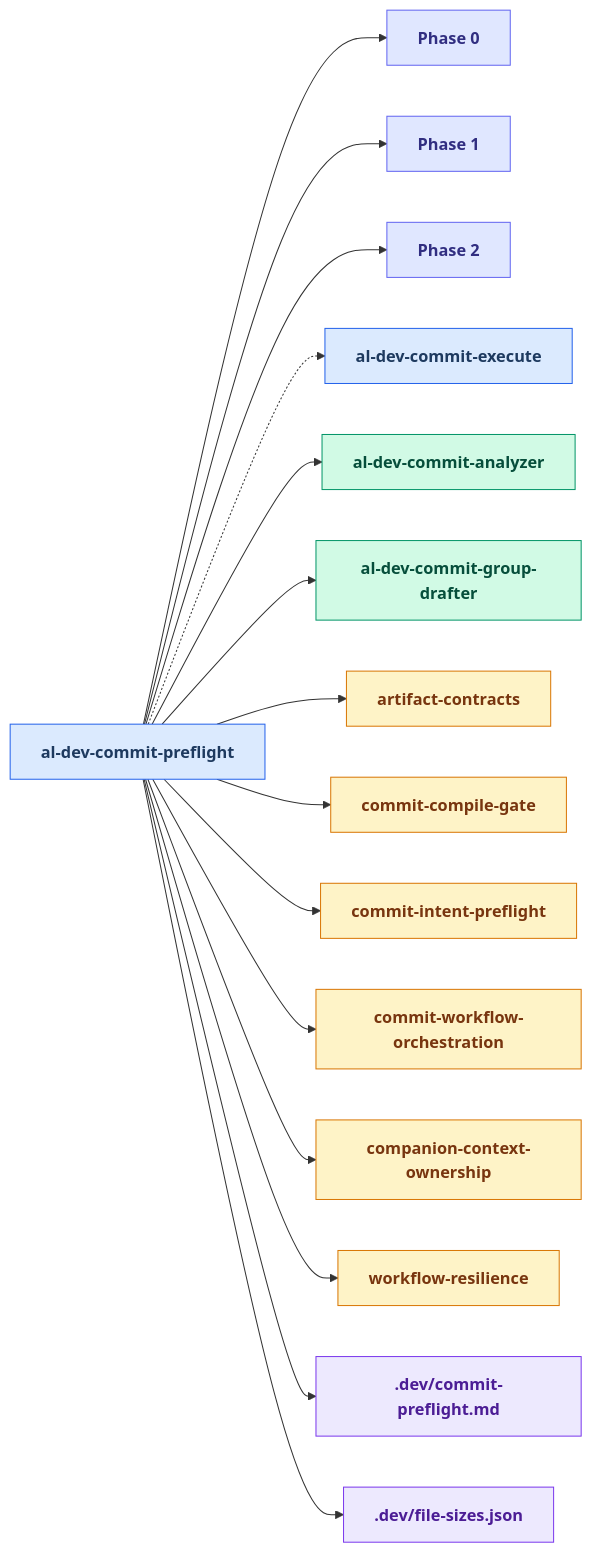
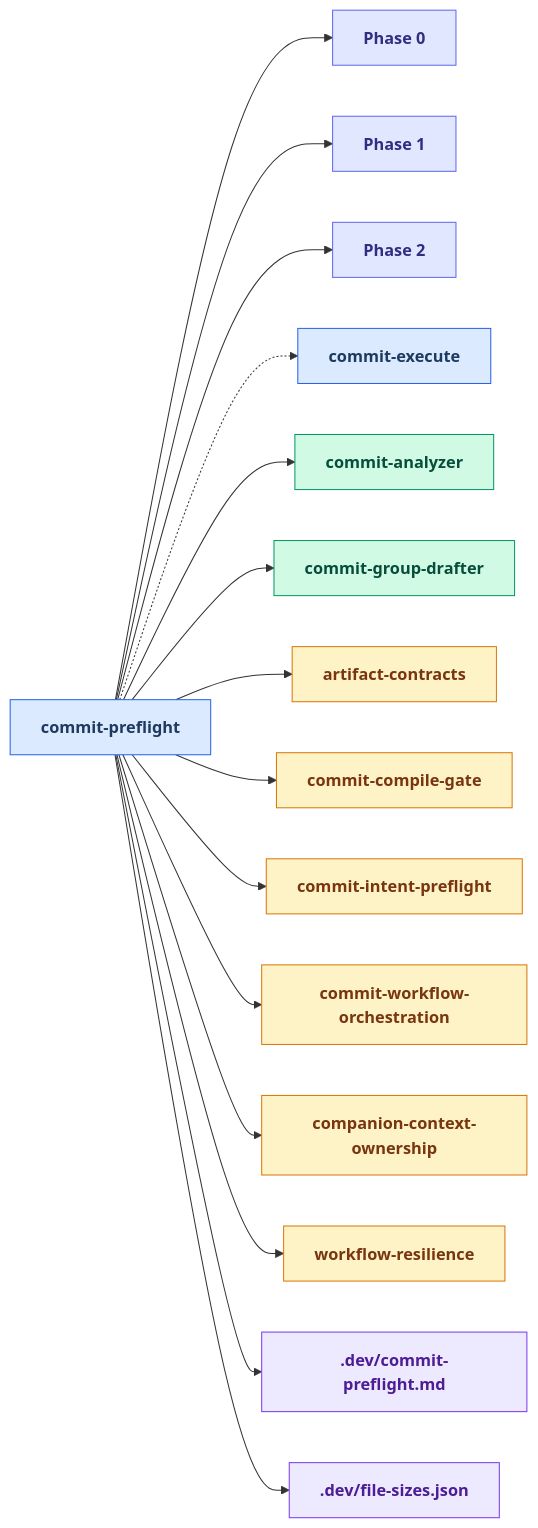
Diagram 15 of 24 in docs/skills_map.md (russell-laing/al-dev-shared), drawn with Mermaid before and after one commit. The commit also changed other lines of this file and 8 other files, not shown here.

````diff
--- a/docs/skills_map.md
+++ b/docs/skills_map.md
@@ -768,55 +776,55 @@
 ```mermaid
 flowchart LR
     classDef skillNode fill:#dbeafe,stroke:#2563eb,color:#1e3a5f,font-weight:bold
     classDef agentNode fill:#d1fae5,stroke:#059669,color:#064e3b,font-weight:bold
     classDef knowledgeNode fill:#fef3c7,stroke:#d97706,color:#78350f,font-weight:bold
     classDef artifactNode fill:#ede9fe,stroke:#7c3aed,color:#4c1d95,font-weight:bold
     classDef phaseNode fill:#e0e7ff,stroke:#6366f1,color:#312e81,font-weight:bold
 
-    skill_al_dev_commit_preflight[al-dev-commit-preflight]
+    skill_commit_preflight[commit-preflight]
     Phase0["Phase 0"]
     Phase1["Phase 1"]
     Phase2["Phase 2"]
-    skill_al_dev_commit_execute[al-dev-commit-execute]
-    agent_al_dev_commit_analyzer[al-dev-commit-analyzer]
-    agent_al_dev_commit_group_drafter[al-dev-commit-group-drafter]
+    skill_commit_execute[commit-execute]
+    agent_commit_analyzer[commit-analyzer]
+    agent_commit_group_drafter[commit-group-drafter]
     knowledge_artifact_contracts_md[artifact-contracts]
     knowledge_commit_compile_gate_md[commit-compile-gate]
     knowledge_commit_intent_preflight_md[commit-intent-preflight]
     knowledge_commit_workflow_orchestration_md[commit-workflow-orchestration]
     knowledge_companion_context_ownership_md[companion-context-ownership]
     knowledge_workflow_resilience_md[workflow-resilience]
     artifact_commit_preflight_md[.dev/commit-preflight.md]
     artifact_file_sizes_json[.dev/file-sizes.json]
 
-    skill_al_dev_commit_preflight --> Phase0
-    skill_al_dev_commit_preflight --> Phase1
-    skill_al_dev_commit_preflight --> Phase2
-    skill_al_dev_commit_preflight -.-> skill_al_dev_commit_execute
-    skill_al_dev_commit_preflight --> agent_al_dev_commit_analyzer
-    skill_al_dev_commit_preflight --> agent_al_dev_commit_group_drafter
-    skill_al_dev_commit_preflight --> knowledge_artifact_contracts_md
-    skill_al_dev_commit_preflight --> knowledge_commit_compile_gate_md
-    skill_al_dev_commit_preflight --> knowledge_commit_intent_preflight_md
-    skill_al_dev_commit_preflight --> knowledge_commit_workflow_orchestration_md
-    skill_al_dev_commit_preflight --> knowledge_companion_context_ownership_md
-    skill_al_dev_commit_preflight --> knowledge_workflow_resilience_md
-    skill_al_dev_commit_preflight --> artifact_commit_preflight_md
-    skill_al_dev_commit_preflight --> artifact_file_sizes_json
+    skill_commit_preflight --> Phase0
+    skill_commit_preflight --> Phase1
+    skill_commit_preflight --> Phase2
+    skill_commit_preflight -.-> skill_commit_execute
+    skill_commit_preflight --> agent_commit_analyzer
+    skill_commit_preflight --> agent_commit_group_drafter
+    skill_commit_preflight --> knowledge_artifact_contracts_md
+    skill_commit_preflight --> knowledge_commit_compile_gate_md
+    skill_commit_preflight --> knowledge_commit_intent_preflight_md
+    skill_commit_preflight --> knowledge_commit_workflow_orchestration_md
+    skill_commit_preflight --> knowledge_companion_context_ownership_md
+    skill_commit_preflight --> knowledge_workflow_resilience_md
+    skill_commit_preflight --> artifact_commit_preflight_md
+    skill_commit_preflight --> artifact_file_sizes_json
 
-    class skill_al_dev_commit_preflight skillNode
+    class skill_commit_preflight skillNode
     class Phase0 phaseNode
     class Phase1 phaseNode
     class Phase2 phaseNode
-    class skill_al_dev_commit_execute skillNode
-    class agent_al_dev_commit_analyzer agentNode
-    class agent_al_dev_commit_group_drafter agentNode
+    class skill_commit_execute skillNode
+    class agent_commit_analyzer agentNode
+    class agent_commit_group_drafter agentNode
     class knowledge_artifact_contracts_md knowledgeNode
     class knowledge_commit_compile_gate_md knowledgeNode
     class knowledge_commit_intent_preflight_md knowledgeNode
     class knowledge_commit_workflow_orchestration_md knowledgeNode
     class knowledge_companion_context_ownership_md knowledgeNode
     class knowledge_workflow_resilience_md knowledgeNode
     class artifact_commit_preflight_md artifactNode
     class artifact_file_sizes_json artifactNode
 ```
````
